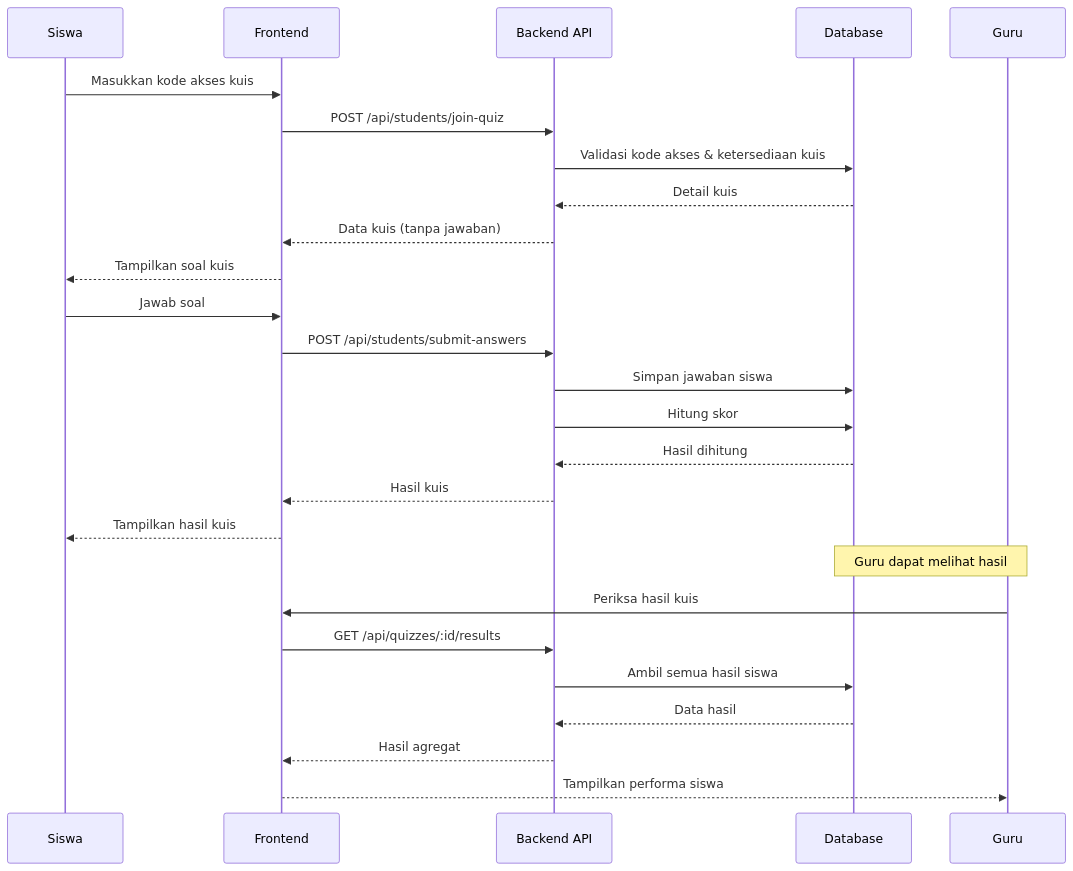
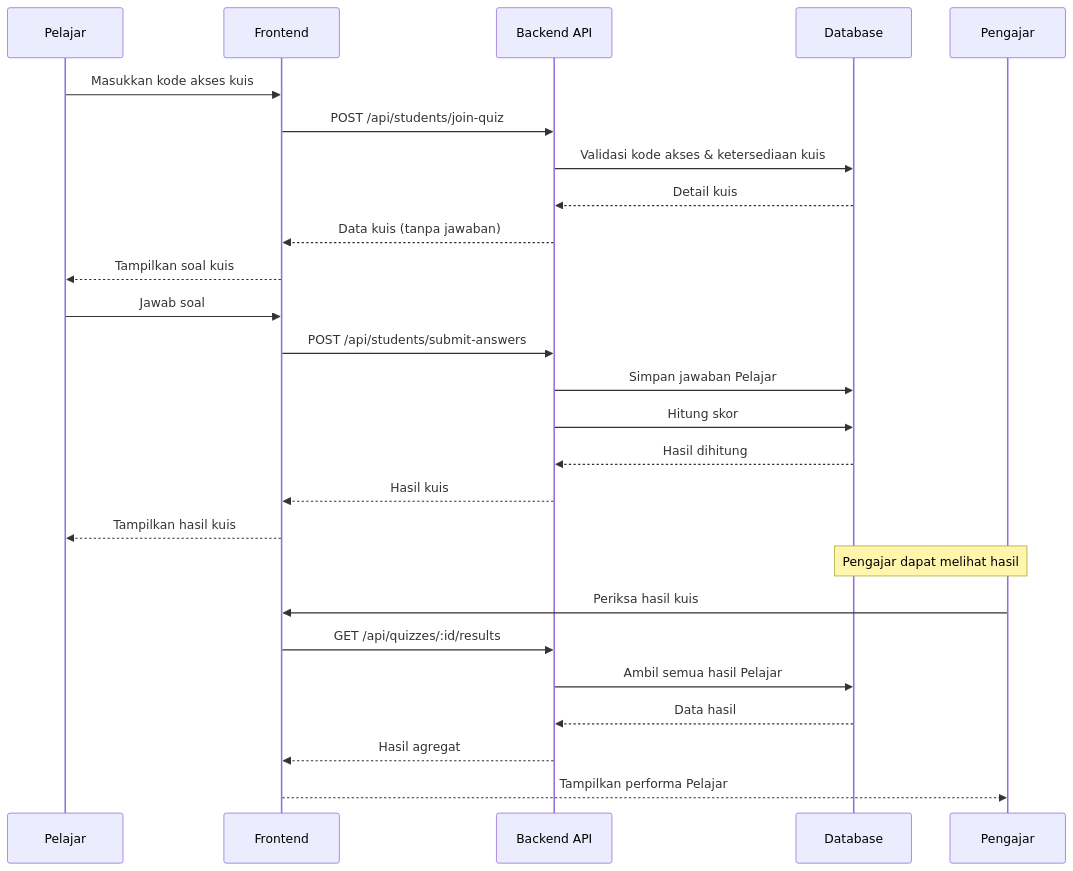
The fifth of 6 diagrams in sequence-diagrams.md (jonito2005/exam-expert-ai-docs), drawn with Mermaid before and after one commit. The commit also changed other lines of this file and 4 other files, not shown here.

````diff
--- a/sequence-diagrams.md
+++ b/sequence-diagrams.md
@@ -159,31 +159,31 @@
 ```mermaid
 sequenceDiagram
-    participant S as Siswa
+    participant S as Pelajar
     participant F as Frontend
     participant API as Backend API
     participant DB as Database
-    participant T as Guru
+    participant T as Pengajar
 
     S->>F: Masukkan kode akses kuis
     F->>API: POST /api/students/join-quiz
     API->>DB: Validasi kode akses & ketersediaan kuis
     DB-->>API: Detail kuis
     API-->>F: Data kuis (tanpa jawaban)
     F-->>S: Tampilkan soal kuis
 
     S->>F: Jawab soal
     F->>API: POST /api/students/submit-answers
-    API->>DB: Simpan jawaban siswa
+    API->>DB: Simpan jawaban Pelajar
     API->>DB: Hitung skor
     DB-->>API: Hasil dihitung
     API-->>F: Hasil kuis
     F-->>S: Tampilkan hasil kuis
 
-    Note over T,DB: Guru dapat melihat hasil
+    Note over T,DB: Pengajar dapat melihat hasil
     T->>F: Periksa hasil kuis
     F->>API: GET /api/quizzes/:id/results
-    API->>DB: Ambil semua hasil siswa
+    API->>DB: Ambil semua hasil Pelajar
     DB-->>API: Data hasil
     API-->>F: Hasil agregat
-    F-->>T: Tampilkan performa siswa
+    F-->>T: Tampilkan performa Pelajar
 ```
````
